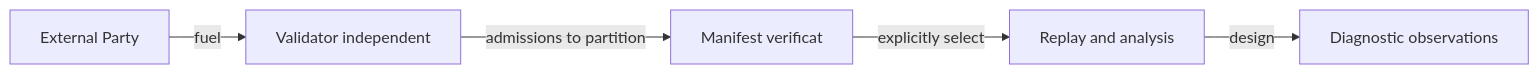
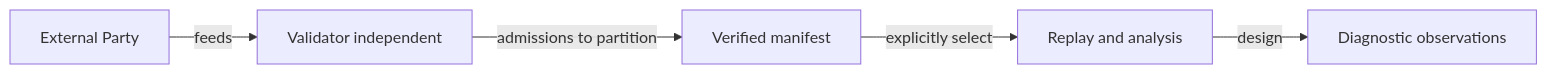
The diagram in docs/learning/ATF_Corpus.md (crististefanita/atf_j4), drawn with Mermaid before and after one commit. The commit also changed other lines of this file and 84 other files, not shown here.

````diff
--- a/docs/learning/ATF_Corpus.md
+++ b/docs/learning/ATF_Corpus.md
@@ -17,7 +17,7 @@
 ```mermaid
 flowchart LR
-    FILE[External Party] -->|fuel| ORACLE[Validator independent]
-    ORACLE -->|admissions to partition| MANIFEST[Manifest verificat]
+    FILE[External Party] -->|feeds| ORACLE[Validator independent]
+    ORACLE -->|admissions to partition| MANIFEST[Verified manifest]
     MANIFEST -->|explicitly select| REPLAY[Replay and analysis]
     REPLAY -->|design| OBS[Diagnostic observations]
 ```
````
